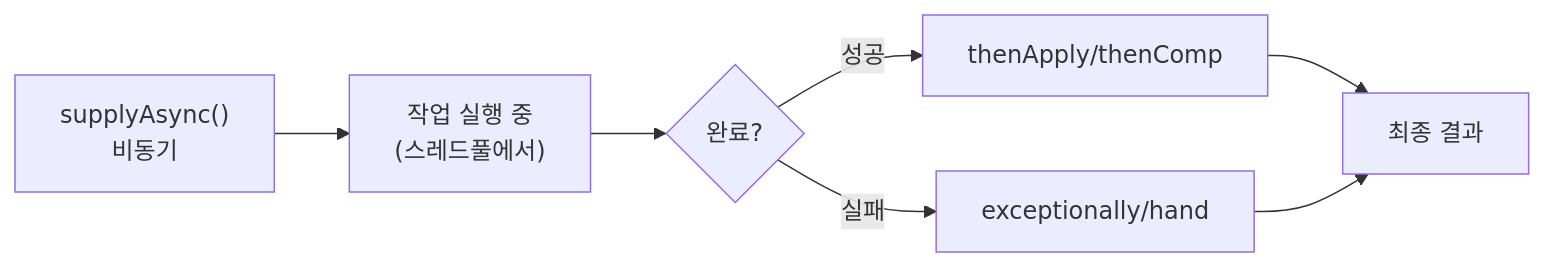
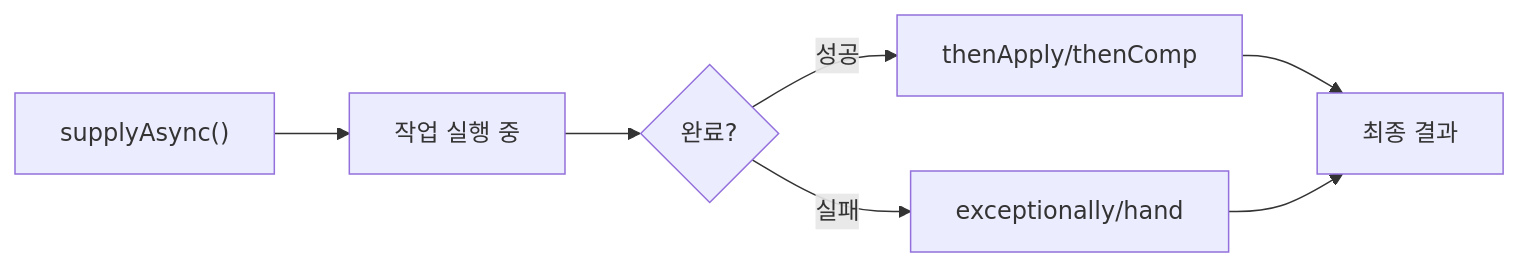
One commit to yjkim2015/yjkim2015.github.io changed the first of 3 diagrams in _posts/java/2026-05-01-java-completablefuture.md. Above: the diagram before and after it, drawn with Mermaid. The commit also changed 217 other files, not shown here.

First line of the commit message:
Mermaid 크기 수정: useMaxWidth:true + SVG max-width:100% + 라벨 축소

````diff
--- a/_posts/java/2026-05-01-java-completablefuture.md
+++ b/_posts/java/2026-05-01-java-completablefuture.md
@@ -50,9 +50,9 @@
 ```mermaid
 flowchart LR
-    A["supplyAsync()\n비동기"] --> B["작업 실행 중\n(스레드풀에서)"]
+    A["supplyAsync()"] --> B["작업 실행 중"]
     B --> C{"완료?"}
     C -->|"성공"| D["thenApply/thenComp"]
     C -->|"실패"| E["exceptionally/hand"]
     D --> F["최종 결과"]
     E --> F
 ```
````
